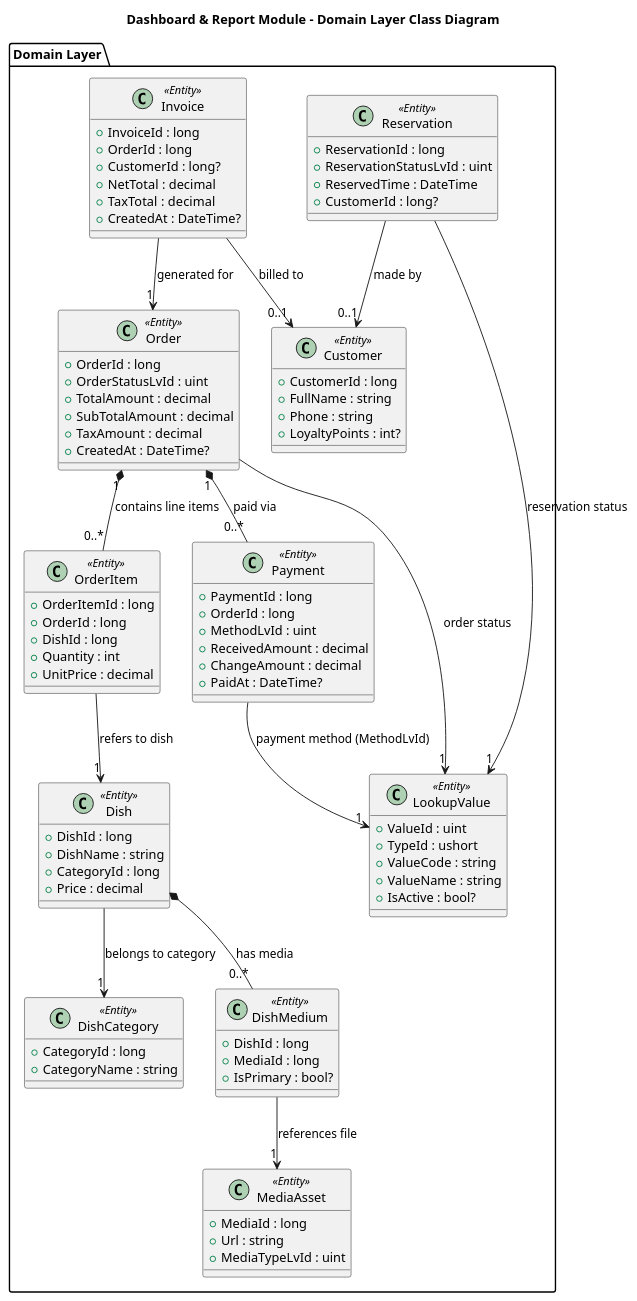
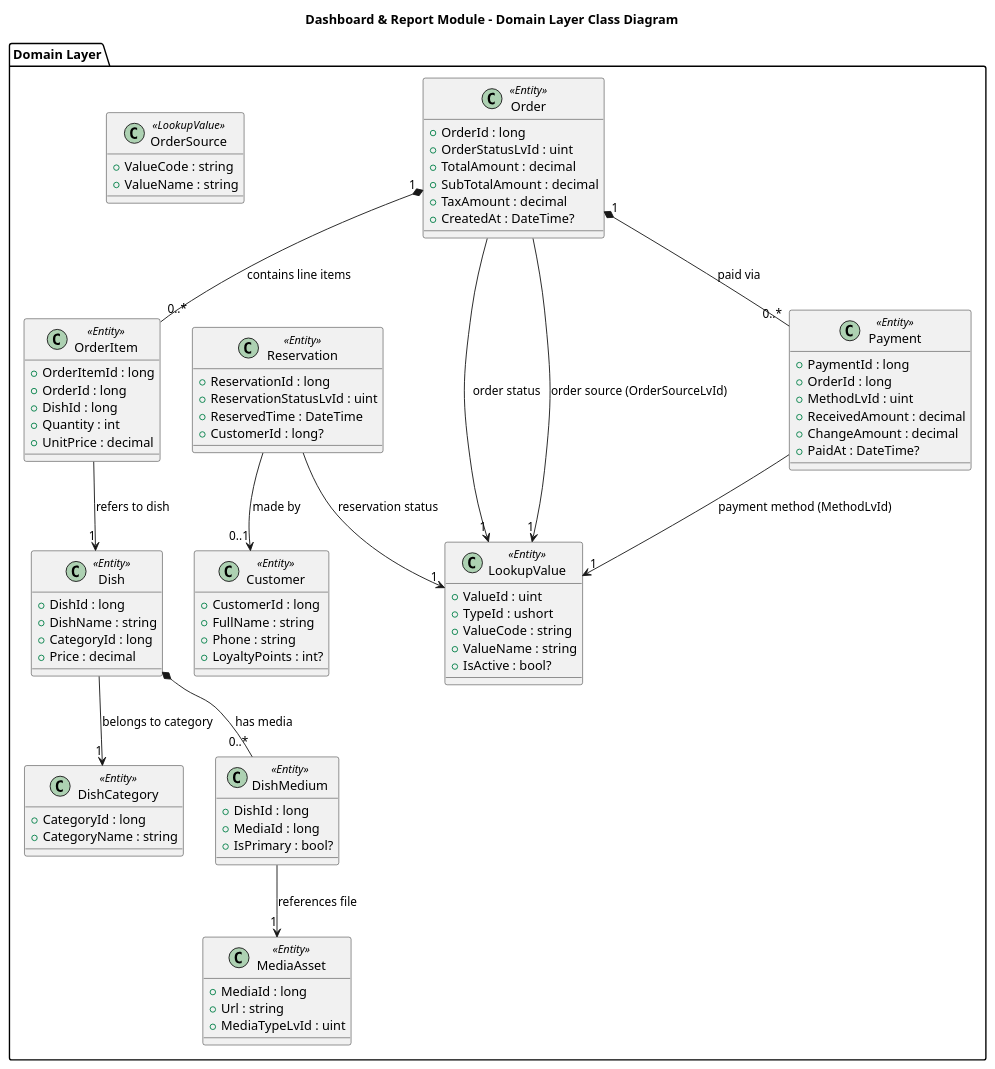
The diagram in Docs/Software Design Specification/Dashboard & Report/class-diagram-domain-layer.puml (aulacvietnameseeatery-source/aulac_be), drawn with PlantUML before and after one commit. The commit also changed 21 other files, not shown here.

```diff
--- a/Docs/Software Design Specification/Dashboard & Report/class-diagram-domain-layer.puml
+++ b/Docs/Software Design Specification/Dashboard & Report/class-diagram-domain-layer.puml
@@ -1,109 +1,103 @@
 @startuml
 title Dashboard & Report Module - Domain Layer Class Diagram
 
 package "Domain Layer" {
 
     class Order <<Entity>> {
         +OrderId : long
         +OrderStatusLvId : uint
         +TotalAmount : decimal
         +SubTotalAmount : decimal
         +TaxAmount : decimal
         +CreatedAt : DateTime?
     }
 
     class OrderItem <<Entity>> {
         +OrderItemId : long
         +OrderId : long
         +DishId : long
         +Quantity : int
         +UnitPrice : decimal
     }
 
     class Reservation <<Entity>> {
         +ReservationId : long
         +ReservationStatusLvId : uint
         +ReservedTime : DateTime
         +CustomerId : long?
     }
 
-    class Invoice <<Entity>> {
-        +InvoiceId : long
-        +OrderId : long
-        +CustomerId : long?
-        +NetTotal : decimal
-        +TaxTotal : decimal
-        +CreatedAt : DateTime?
-    }
-
     class Payment <<Entity>> {
         +PaymentId : long
         +OrderId : long
         +MethodLvId : uint
         +ReceivedAmount : decimal
         +ChangeAmount : decimal
         +PaidAt : DateTime?
     }
 
     class Dish <<Entity>> {
         +DishId : long
         +DishName : string
         +CategoryId : long
         +Price : decimal
     }
 
     class DishCategory <<Entity>> {
         +CategoryId : long
         +CategoryName : string
+    }
+
+    class OrderSource <<LookupValue>> {
+        +ValueCode : string
+        +ValueName : string
     }
 
     class DishMedium <<Entity>> {
         +DishId : long
         +MediaId : long
         +IsPrimary : bool?
     }
 
     class MediaAsset <<Entity>> {
         +MediaId : long
         +Url : string
         +MediaTypeLvId : uint
     }
 
     class Customer <<Entity>> {
         +CustomerId : long
         +FullName : string
         +Phone : string
         +LoyaltyPoints : int?
     }
 
     class LookupValue <<Entity>> {
         +ValueId : uint
         +TypeId : ushort
         +ValueCode : string
         +ValueName : string
         +IsActive : bool?
     }
 
 }
 
 ' ── Relationships ──
 
 Order "1" *-- "0..*" OrderItem : contains line items
 Order --> "1" LookupValue : order status
 Order "1" *-- "0..*" Payment : paid via
+Order --> "1" LookupValue : order source (OrderSourceLvId)
 
 Reservation --> "0..1" Customer : made by
 Reservation --> "1" LookupValue : reservation status
-
-Invoice --> "1" Order : generated for
-Invoice --> "0..1" Customer : billed to
 
 OrderItem --> "1" Dish : refers to dish
 
 Dish --> "1" DishCategory : belongs to category
 Dish *-- "0..*" DishMedium : has media
 DishMedium --> "1" MediaAsset : references file
 
 Payment --> "1" LookupValue : payment method (MethodLvId)
 
 @enduml
```
